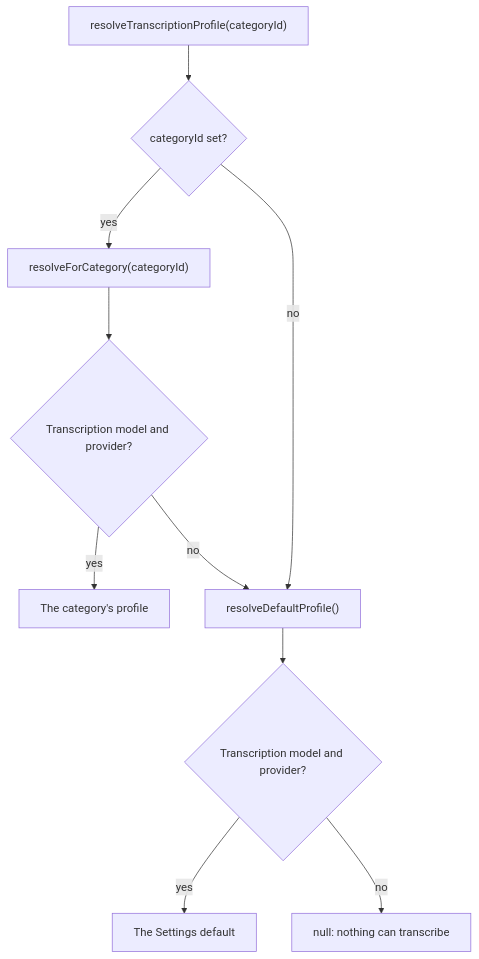
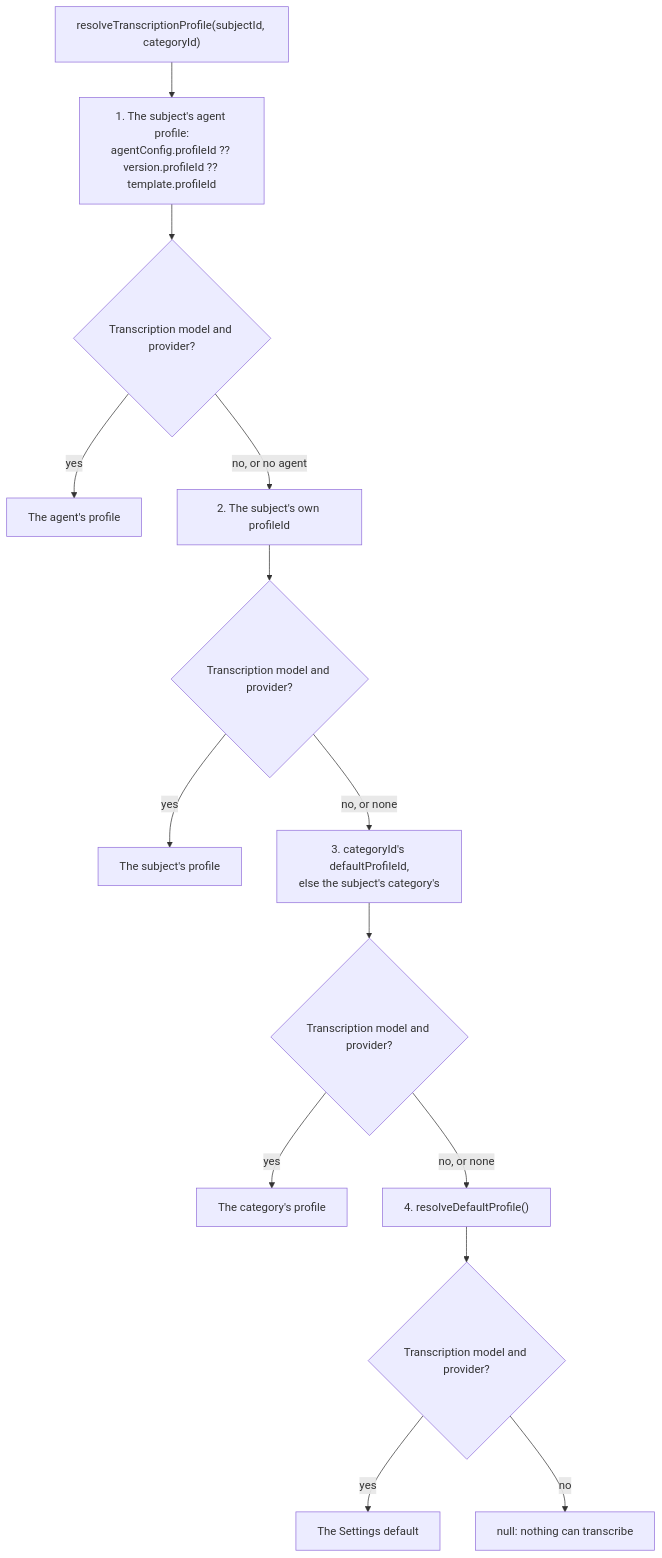
Before and after one commit to matthiasn/lotti: the second of 2 diagrams in knowledge/features/ai/profile-resolution.md, drawn with Mermaid. The commit also changed other lines of this file and 19 other files, not shown here.

````diff
--- a/knowledge/features/ai/profile-resolution.md
+++ b/knowledge/features/ai/profile-resolution.md
@@ -248,12 +256,16 @@
 ```mermaid
 flowchart TD
-  Start["resolveTranscriptionProfile(categoryId)"] --> HasCat{"categoryId set?"}
-  HasCat -->|yes| Cat["resolveForCategory(categoryId)"]
+  Start["resolveTranscriptionProfile(subjectId, categoryId)"] --> Agent["1. The subject's agent profile:<br/>agentConfig.profileId ?? version.profileId ?? template.profileId"]
+  Agent --> AgentSlot{"Transcription model and provider?"}
+  AgentSlot -->|yes| UseAgent["The agent's profile"]
+  AgentSlot -->|"no, or no agent"| Own["2. The subject's own profileId"]
+  Own --> OwnSlot{"Transcription model and provider?"}
+  OwnSlot -->|yes| UseOwn["The subject's profile"]
+  OwnSlot -->|"no, or none"| Cat["3. categoryId's defaultProfileId,<br/>else the subject's category's"]
   Cat --> CatSlot{"Transcription model and provider?"}
   CatSlot -->|yes| UseCat["The category's profile"]
-  CatSlot -->|no| Def
-  HasCat -->|no| Def["resolveDefaultProfile()"]
+  CatSlot -->|"no, or none"| Def["4. resolveDefaultProfile()"]
   Def --> DefSlot{"Transcription model and provider?"}
   DefSlot -->|yes| UseDef["The Settings default"]
   DefSlot -->|no| None["null: nothing can transcribe"]
 ```
````
